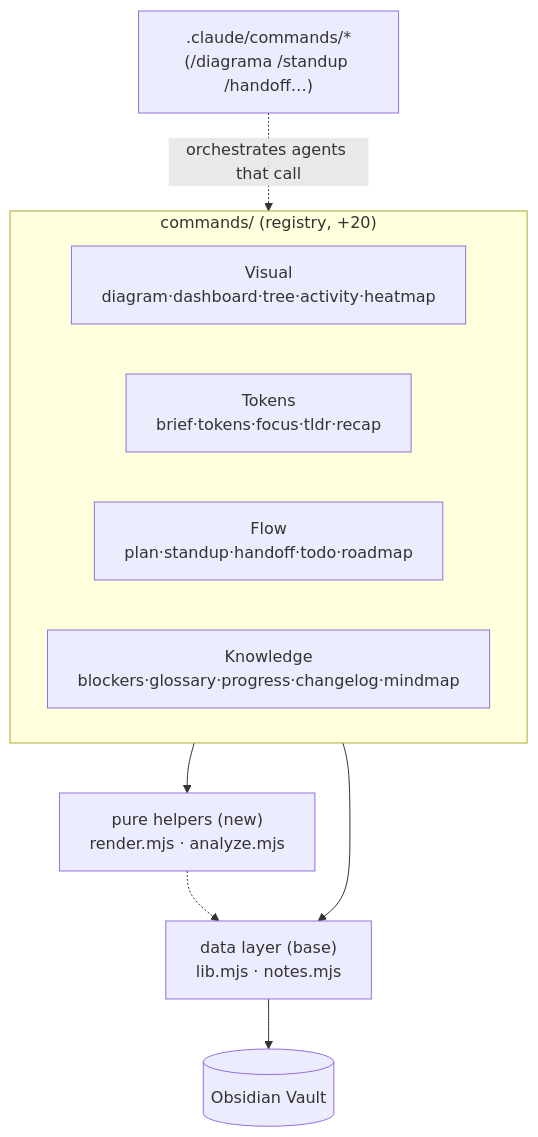
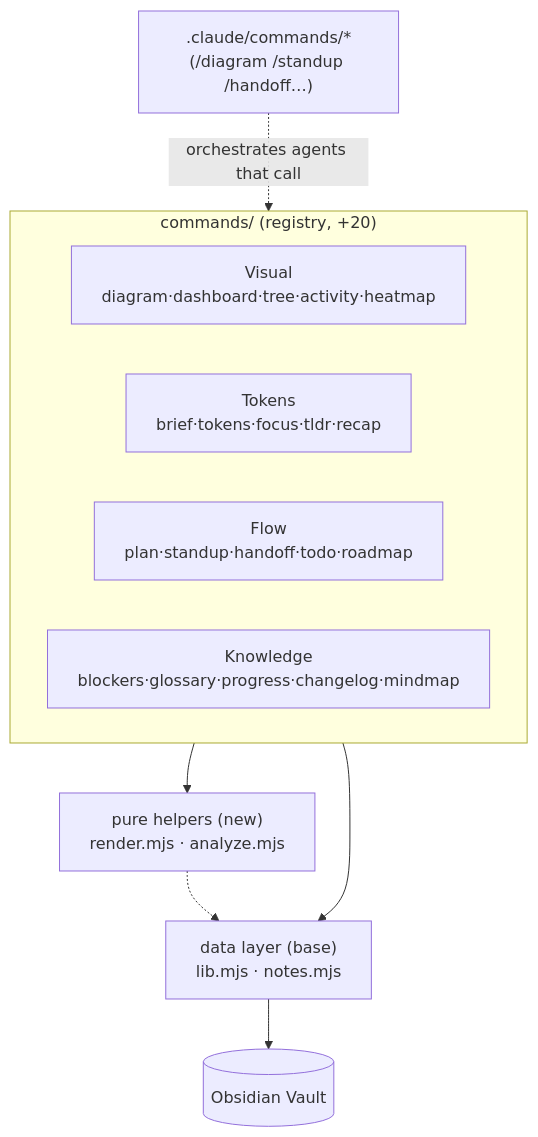
Before and after one commit to MatheusChiodi/AgentTeam-Memory: the first of 4 diagrams in docs/ARCHITECTURE-PHASE-3.md, drawn with Mermaid. The commit also changed other lines of this file and 5 other files, not shown here.

First line of the commit message:
refactor: renomeia slash-commands /diagrama->/diagram e /plano->/plan

````diff
--- a/docs/ARCHITECTURE-PHASE-3.md
+++ b/docs/ARCHITECTURE-PHASE-3.md
@@ -33,20 +33,20 @@
 ```mermaid
 flowchart TB
   subgraph CMD["commands/ (registry, +20)"]
     direction LR
     V["Visual<br/>diagram·dashboard·tree·activity·heatmap"]
     T["Tokens<br/>brief·tokens·focus·tldr·recap"]
     F["Flow<br/>plan·standup·handoff·todo·roadmap"]
     K["Knowledge<br/>blockers·glossary·progress·changelog·mindmap"]
   end
   HLP["pure helpers (new)<br/>render.mjs · analyze.mjs"]
   DATA["data layer (base)<br/>lib.mjs · notes.mjs"]
   VAULT[("Obsidian Vault")]
-  SLASH[".claude/commands/*<br/>(/diagrama /standup /handoff…)"]
+  SLASH[".claude/commands/*<br/>(/diagram /standup /handoff…)"]
 
   SLASH -. "orchestrates agents that call" .-> CMD
   CMD --> HLP
   CMD --> DATA
   HLP -.-> DATA
   DATA --> VAULT
 ```
````
